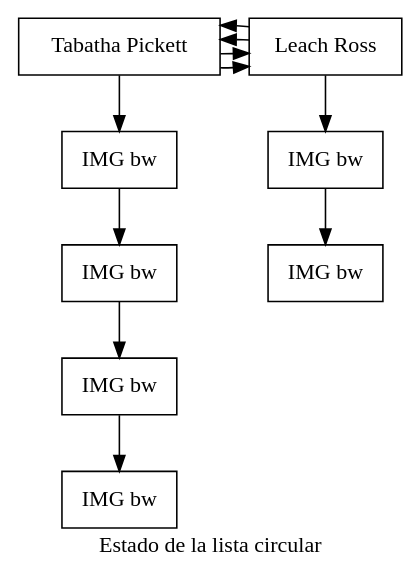
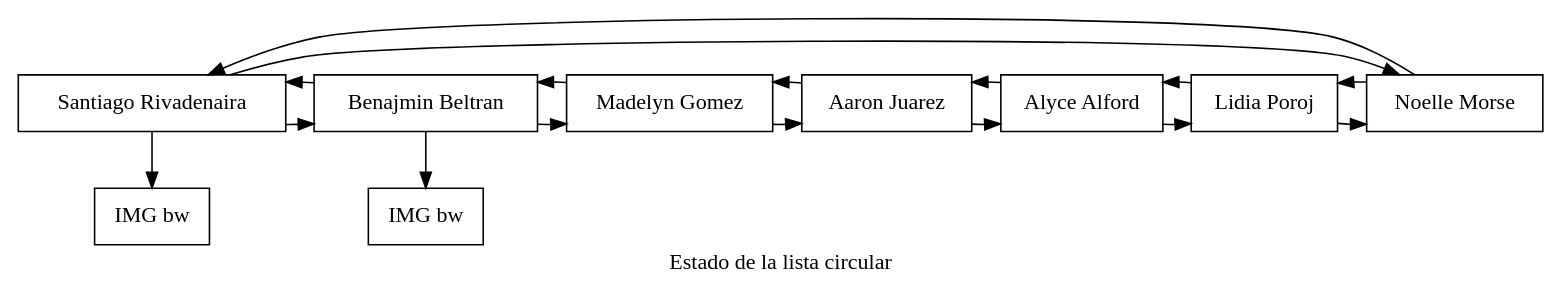
The diagram in [EDD]PROYECTO_FASE1_201900716/Proyecto1_Edd/ClienteEspera.dot (Kelly901/EDD_PROYECTO_FASE1_201900716), drawn with Graphviz before and after one commit. The commit also changed 54 other files, not shown here.

```diff
--- a/[EDD]PROYECTO_FASE1_201900716/Proyecto1_Edd/ClienteEspera.dot
+++ b/[EDD]PROYECTO_FASE1_201900716/Proyecto1_Edd/ClienteEspera.dot
@@ -1,25 +1,32 @@
 digraph G{
 label="Estado de la lista circular ";
 node[shape=box];
-nC1044036744[label="Tabatha Pickett"];
-nP1406718218[label="IMG bw"];
-nP245257410[label="IMG bw"];
-nP1705736037[label="IMG bw"];
-nP455659002[label="IMG bw"];
-nC1826771953[label="Leach Ross"];
-nP250421012[label="IMG bw"];
-nP1915318863[label="IMG bw"];
+nC424058530[label="Santiago Rivadenaira"];
+nP834600351[label="IMG bw"];
+nC321001045[label="Benajmin Beltran"];
+nP531885035[label="IMG bw"];
+nC471910020[label="Madelyn Gomez"];
+nC1418481495[label="Aaron Juarez"];
+nC303563356[label="Alyce Alford"];
+nC135721597[label="Lidia Poroj"];
+nC791452441[label="Noelle Morse"];
 
-nC1044036744->nC1826771953;
-nC1044036744->nC1826771953;
-nC1044036744->nP1406718218;
-nP1406718218->nP245257410;
-nP245257410->nP1705736037;
-nP1705736037->nP455659002;
-nC1826771953->nC1044036744;
-nC1826771953->nC1044036744;
-nC1826771953->nP250421012;
-nP250421012->nP1915318863;
+nC424058530->nC321001045;
+nC424058530->nC791452441;
+nC424058530->nP834600351;
+nC321001045->nC471910020;
+nC321001045->nC424058530;
+nC321001045->nP531885035;
+nC471910020->nC1418481495;
+nC471910020->nC321001045;
+nC1418481495->nC303563356;
+nC1418481495->nC471910020;
+nC303563356->nC135721597;
+nC303563356->nC1418481495;
+nC135721597->nC791452441;
+nC135721597->nC303563356;
+nC791452441->nC424058530;
+nC791452441->nC135721597;
 
-{rank=same;nC1044036744;nC1826771953;}
+{rank=same;nC424058530;nC321001045;nC471910020;nC1418481495;nC303563356;nC135721597;nC791452441;}
 }
```
